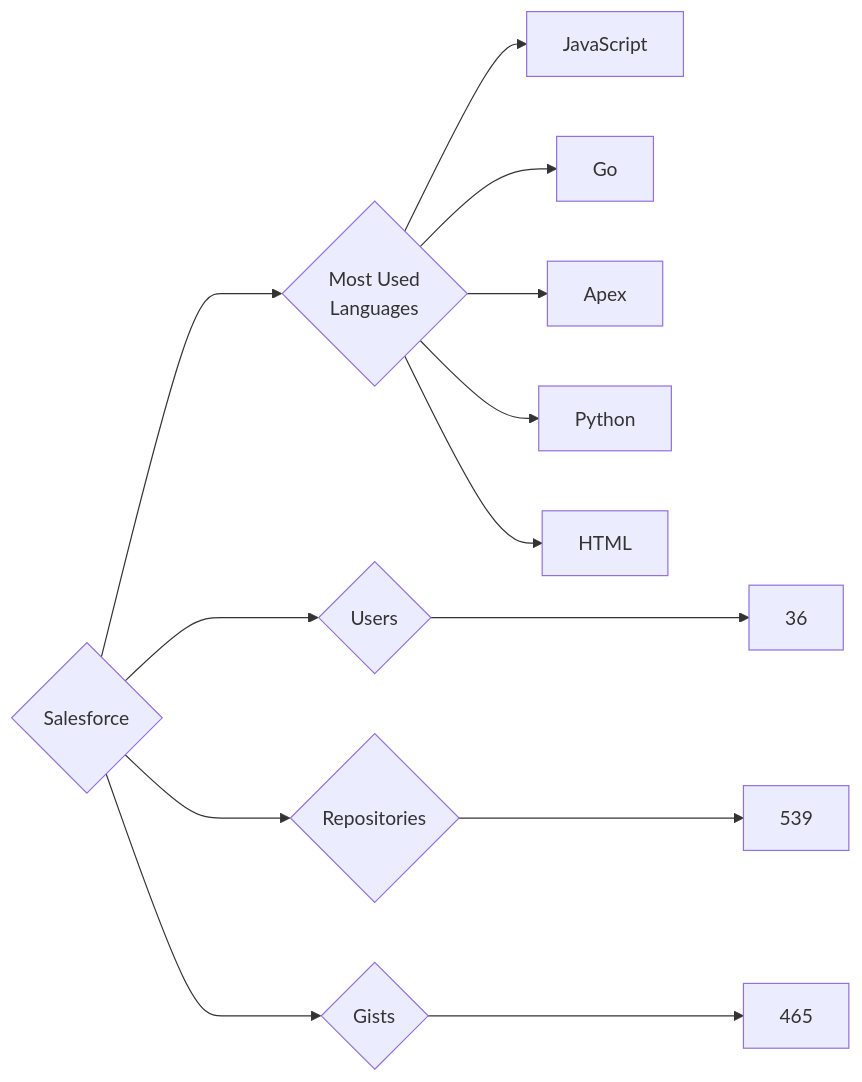
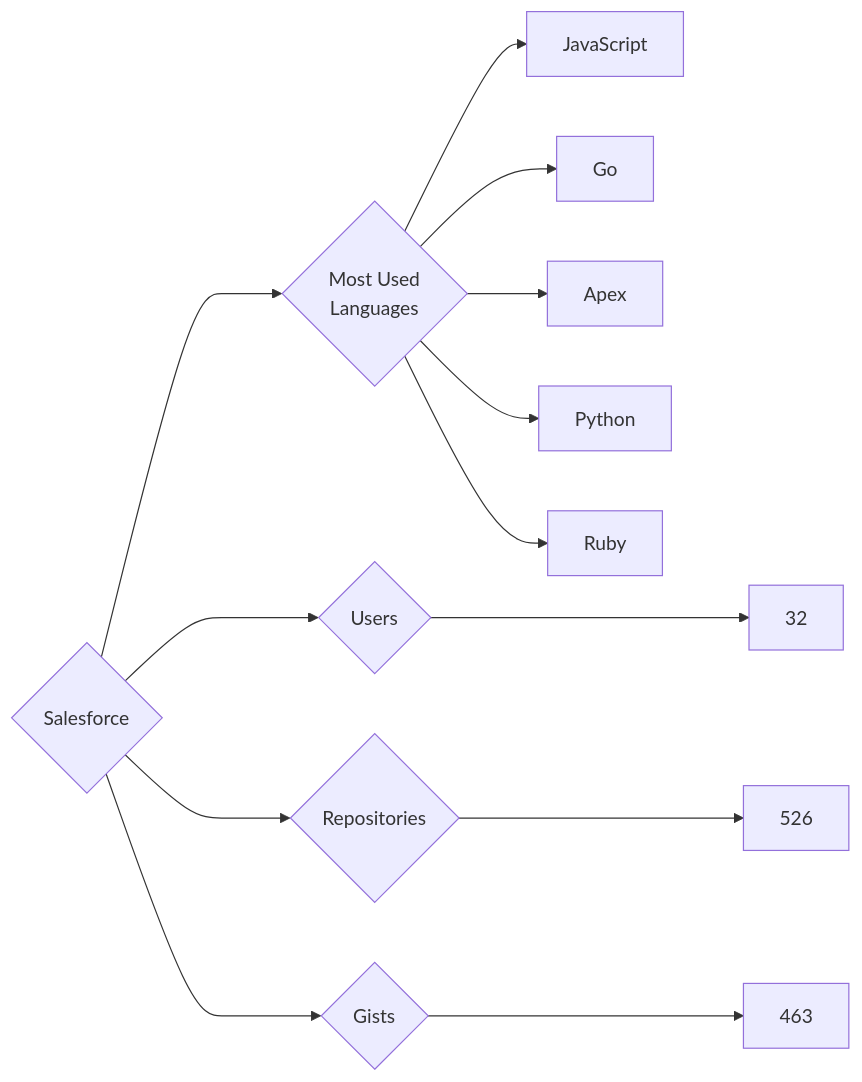
Before and after one commit to trickest/insiders: the diagram in targets/Salesforce/README.md, drawn with Mermaid. The commit also changed 1508 other files, not shown here.

````diff
--- a/targets/Salesforce/README.md
+++ b/targets/Salesforce/README.md
@@ -3,13 +3,13 @@
 ```mermaid
 graph LR
 COMPANY_NAME{Salesforce}
-COMPANY_NAME ---> U{Users} ---> UN[36]
-COMPANY_NAME ---> R{Repositories} ---> RN[539]
-COMPANY_NAME ---> G{Gists} ---> GN[465]
+COMPANY_NAME ---> U{Users} ---> UN[32]
+COMPANY_NAME ---> R{Repositories} ---> RN[526]
+COMPANY_NAME ---> G{Gists} ---> GN[463]
 COMPANY_NAME ---> ML{Most Used<br>Languages}
 ML --> JavaScript[JavaScript]
 ML --> Go[Go]
 ML --> Apex[Apex]
 ML --> Python[Python]
-ML --> HTML[HTML]
+ML --> Ruby[Ruby]
 ```
````
